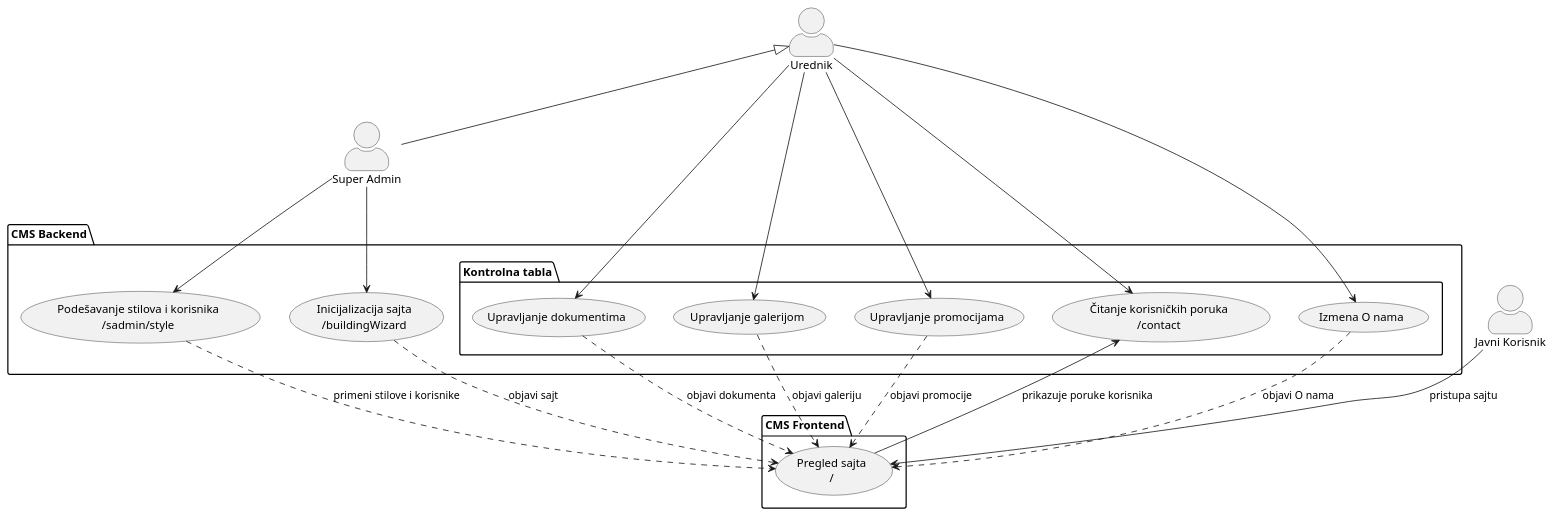
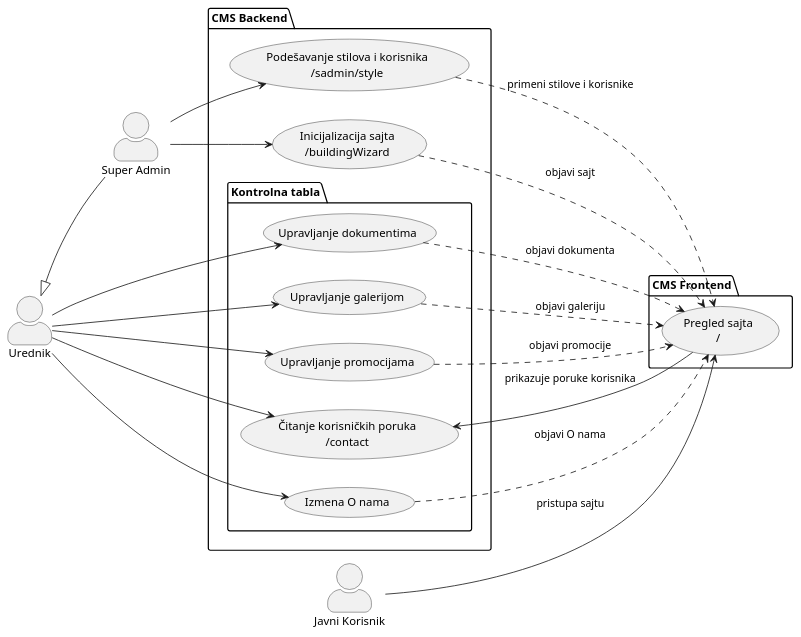
The diagram in test.puml (os-oliver/cmsRELOF), drawn with PlantUML before and after one commit. The commit also changed 1 other file, not shown here.

```diff
--- a/test.puml
+++ b/test.puml
@@ -1,53 +1,54 @@
 @startuml
-top to bottom direction
+left to right direction
 skinparam actorStyle awesome
 
 actor "Urednik" as ED
 actor "Super Admin" as SA
 ED <|-- SA
+
 
 actor "Javni Korisnik" as PU
 
 package "CMS Backend" {
   usecase "Inicijalizacija sajta\n/buildingWizard" as Init
   usecase "Podešavanje stilova i korisnika\n/sadmin/style" as StyleUsers
 
   package "Kontrolna tabla" {
     usecase "Upravljanje dokumentima"   as Docs
     usecase "Upravljanje galerijom"     as Gal
     usecase "Upravljanje promocijama"  as Promo
     usecase "Čitanje korisničkih poruka\n/contact" as Msg
     usecase "Izmena O nama"             as About
   }
 }
 
 package "CMS Frontend" {
   usecase "Pregled sajta\n/" as View
 }
 
 ' Prava urednika
 ED --> Docs
 ED --> Gal
 ED --> Promo
 ED --> Msg
 ED --> About
 
 ' Prava Super Admina
 SA --> Init
 SA --> StyleUsers
 
 ' Javni korisnik pristupa sajtu (frontend)
 PU --> View : pristupa sajtu
 
 ' Tok objavljivanja
 Init ..> View : objavi sajt
 StyleUsers ..> View : primeni stilove i korisnike
 Docs ..> View : objavi dokumenta
 Gal ..> View : objavi galeriju
 Promo ..> View : objavi promocije
 About ..> View : objavi O nama
 
 ' Iz pregleda sajta ide strelica ka čitanju korisničkih poruka
 View --> Msg : prikazuje poruke korisnika
 
 @enduml
```
